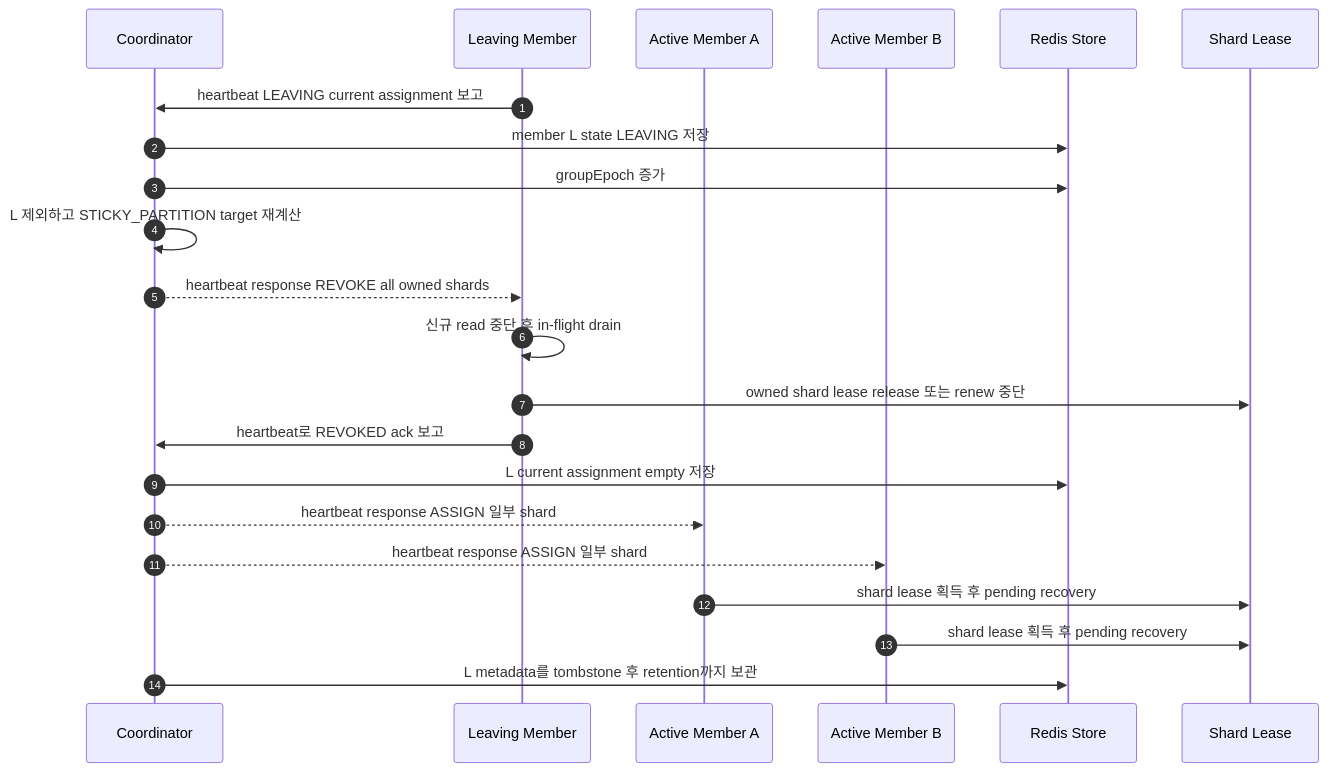
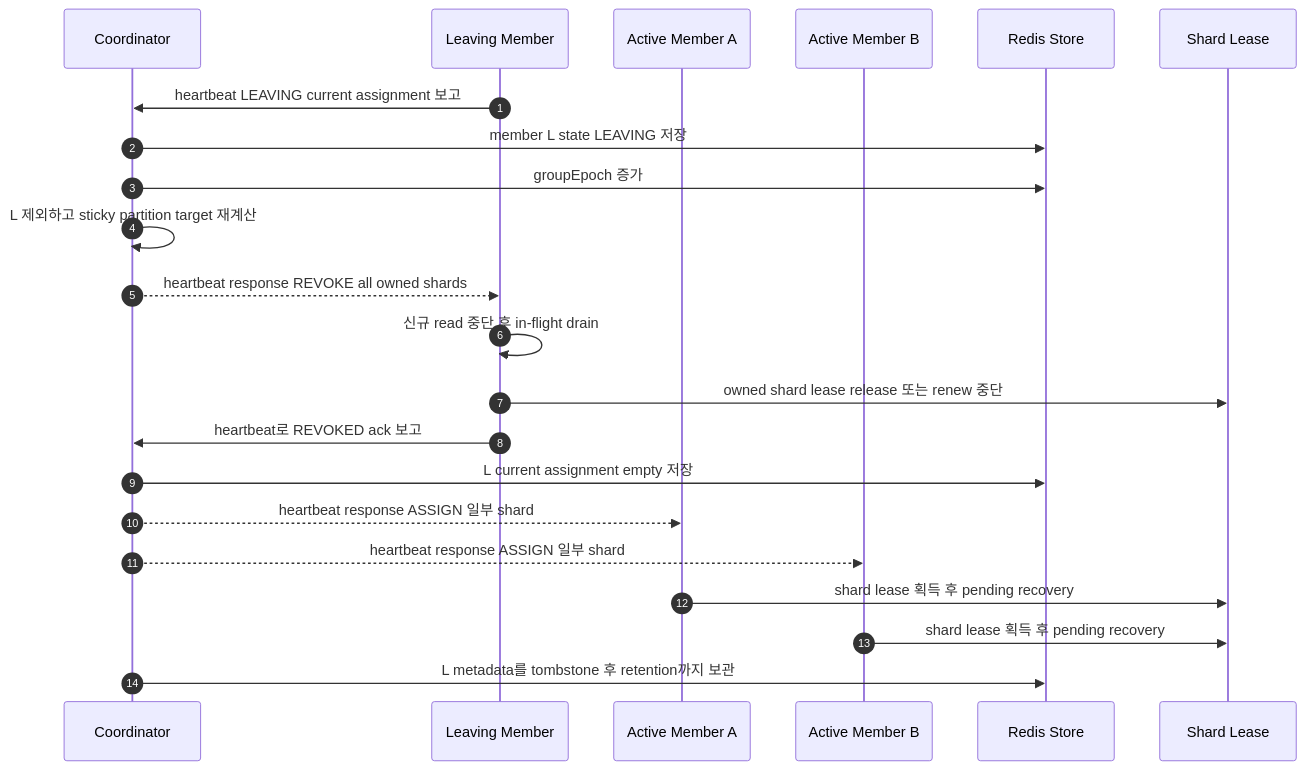
One commit to ghkdqhrbals/personal-module changed the third of 5 diagrams in redis-stream-coordinator/prd/02-coordinator-architecture.md. Above: the diagram before and after it, drawn with Mermaid. The commit also changed other lines of this file and 6 other files, not shown here.

````diff
--- a/redis-stream-coordinator/prd/02-coordinator-architecture.md
+++ b/redis-stream-coordinator/prd/02-coordinator-architecture.md
@@ -297,25 +288,25 @@
 ```mermaid
 sequenceDiagram
     autonumber
     participant C as Coordinator
     participant L as Leaving Member
     participant A as Active Member A
     participant B as Active Member B
     participant Store as Redis Store
     participant Lease as Shard Lease
 
     L->>C: heartbeat LEAVING current assignment 보고
     C->>Store: member L state LEAVING 저장
     C->>Store: groupEpoch 증가
-    C->>C: L 제외하고 STICKY_PARTITION target 재계산
+    C->>C: L 제외하고 sticky partition target 재계산
     C-->>L: heartbeat response REVOKE all owned shards
     L->>L: 신규 read 중단 후 in-flight drain
     L->>Lease: owned shard lease release 또는 renew 중단
     L->>C: heartbeat로 REVOKED ack 보고
     C->>Store: L current assignment empty 저장
     C-->>A: heartbeat response ASSIGN 일부 shard
     C-->>B: heartbeat response ASSIGN 일부 shard
     A->>Lease: shard lease 획득 후 pending recovery
     B->>Lease: shard lease 획득 후 pending recovery
     C->>Store: L metadata를 tombstone 후 retention까지 보관
 ```
````
